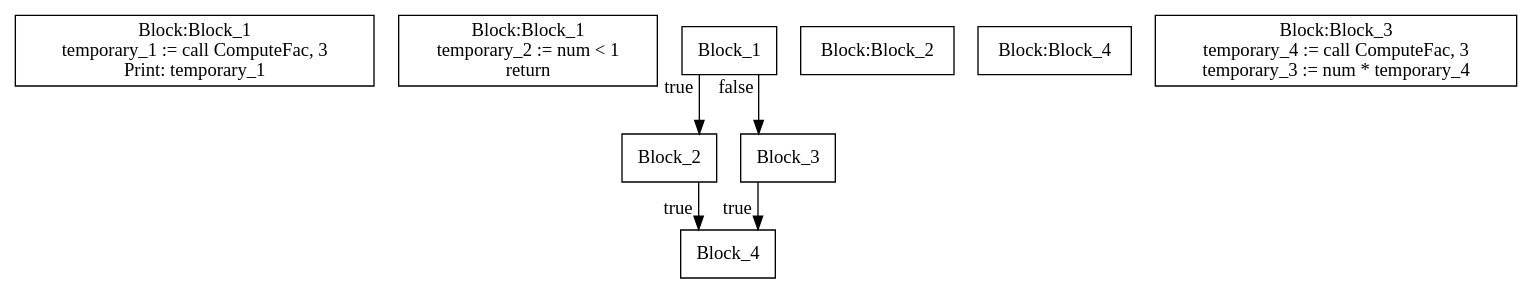
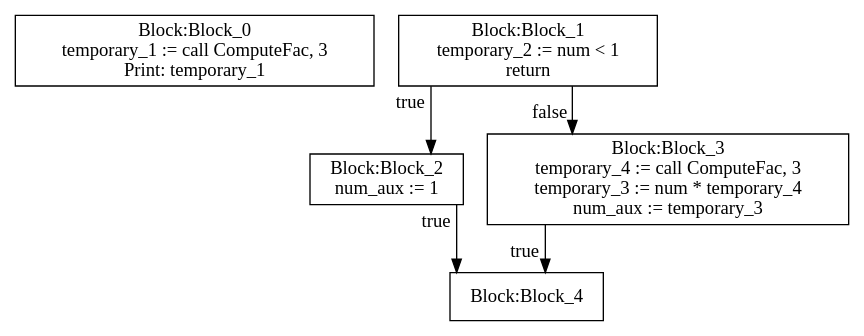
Before and after one commit to moondog-matthew/compiler-dv1655: the diagram in lab3/CFG-tree.dot, drawn with Graphviz. The commit also changed 3 other files, not shown here.

Commit message:
Fixed more of printouts of graphviz bugs, problems in generate_CFG_content

```diff
--- a/lab3/CFG-tree.dot
+++ b/lab3/CFG-tree.dot
@@ -1,19 +1,21 @@
 digraph {
 graph [ splines = ortho ]
 	node [ shape = box ];
-block_0 [label="Block:Block_1
+Block_0 [label="Block:Block_0
 temporary_1 := call ComputeFac, 3
 Print: temporary_1"];
-block_1 [label="Block:Block_1
+Block_1 [label="Block:Block_1
 temporary_2 := num < 1
 return "];
 Block_1 -> Block_2 [xlabel = "true"]
-block_2 [label="Block:Block_2"];
+Block_2 [label="Block:Block_2
+num_aux := 1"];
 Block_2 -> Block_4 [xlabel = "true"]
-block_3 [label="Block:Block_4"];
+Block_4 [label="Block:Block_4"];
 Block_1 -> Block_3 [xlabel = "false"]
-block_4 [label="Block:Block_3
+Block_3 [label="Block:Block_3
 temporary_4 := call ComputeFac, 3
-temporary_3 := num * temporary_4"];
+temporary_3 := num * temporary_4
+num_aux := temporary_3"];
 Block_3 -> Block_4 [xlabel = "true"]
 }
```
